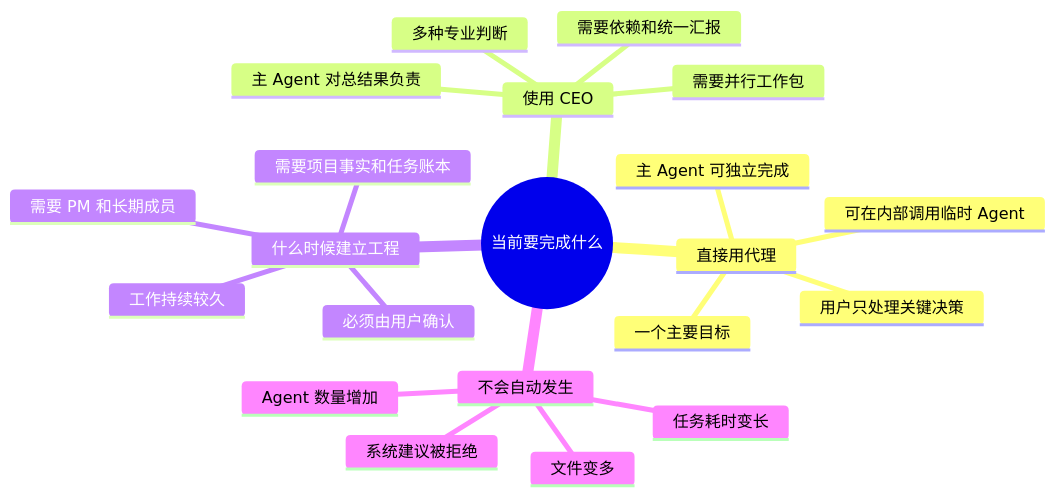
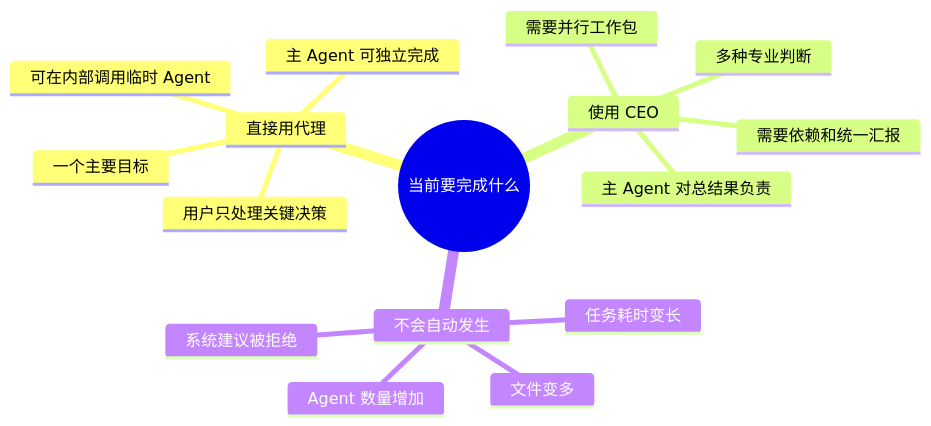
The first of 8 diagrams in docs/01-产品/PRD-02-代理与CEO工作方式.md (liu629711-spec/Magic), drawn with Mermaid before and after one commit. The commit also changed other lines of this file and 24 other files, not shown here.

Commit message:
docs: reorganize for own-client phase; add own-client architecture doc (09); drop PRD-03/engineering docs

````diff
--- a/docs/01-产品/PRD-02-代理与CEO工作方式.md
+++ b/docs/01-产品/PRD-02-代理与CEO工作方式.md
@@ -17,24 +17,19 @@
 ```mermaid
 mindmap
   root((当前要完成什么))
     直接用代理
       一个主要目标
       主 Agent 可独立完成
       用户只处理关键决策
       可在内部调用临时 Agent
     使用 CEO
       多种专业判断
       需要并行工作包
       需要依赖和统一汇报
       主 Agent 对总结果负责
-    什么时候建立工程
-      工作持续较久
-      需要 PM 和长期成员
-      需要项目事实和任务账本
-      必须由用户确认
     不会自动发生
       Agent 数量增加
       文件变多
       任务耗时变长
       系统建议被拒绝
 ```
````
